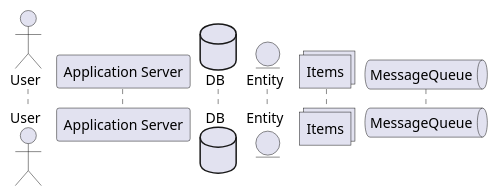
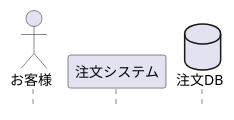
The first of 17 diagrams in docs/evidence/20251224_1955_ui_design_login/wireframes/04_editor/05_sequence_diagram_spec.md (yoshiwo3/PlantUML2_Opus4.5), drawn with PlantUML before and after one commit. The commit also changed other lines of this file and 1 other file, not shown here.

First line of the commit message:
docs: シーケンス図仕様書 v3.25 - 用語変更（参加者→オブジェクト）

````diff
--- a/docs/evidence/20251224_1955_ui_design_login/wireframes/04_editor/05_sequence_diagram_spec.md
+++ b/docs/evidence/20251224_1955_ui_design_login/wireframes/04_editor/05_sequence_diagram_spec.md
@@ -771,10 +781,8 @@
 ```plantuml
-@startuml
-actor User
-participant "Application Server" as App
-database DB
-entity Entity
-collections Items
-queue MessageQueue
+@startuml 基本タイプの例
+hide footbox
+actor お客様
+participant 注文システム
+database 注文DB
 @enduml
 ```
````
